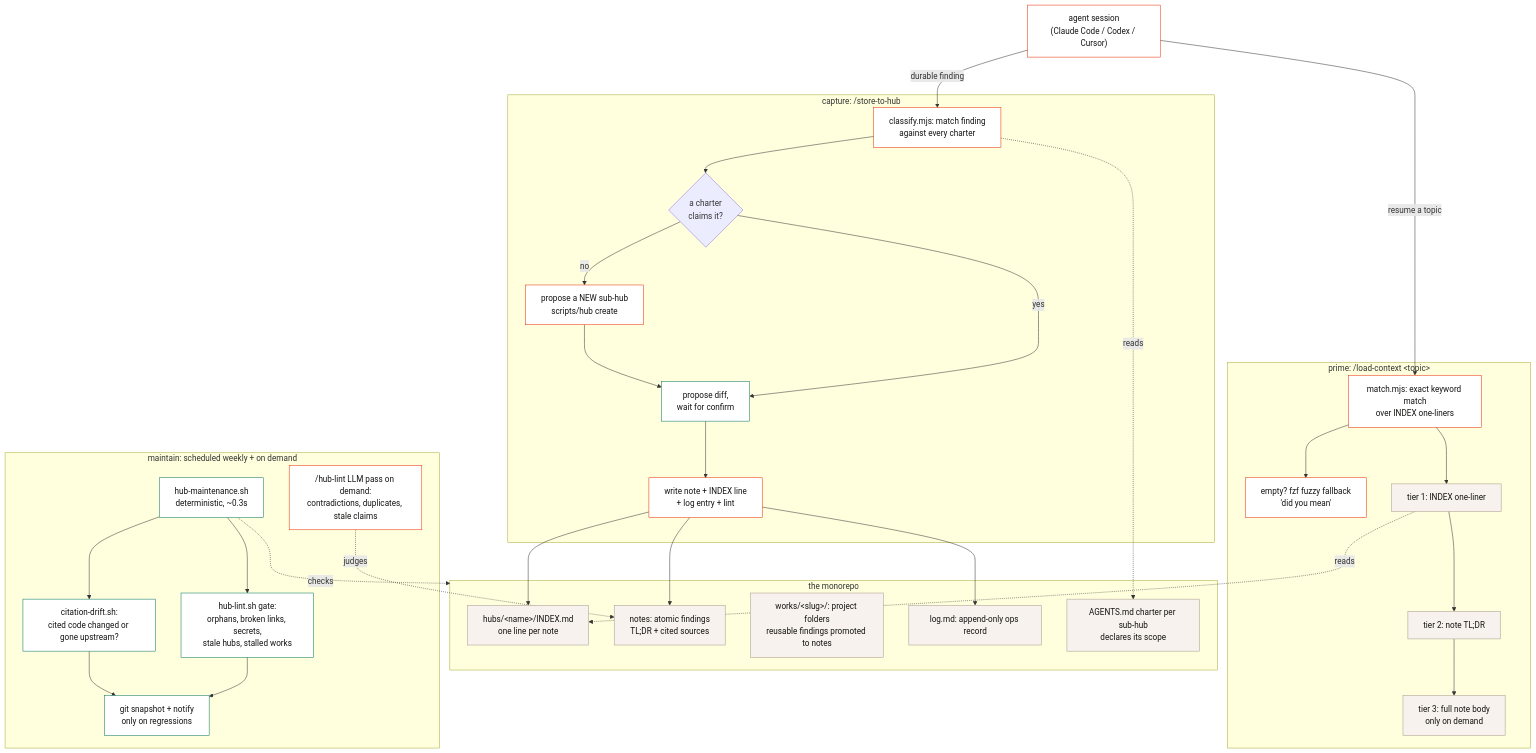
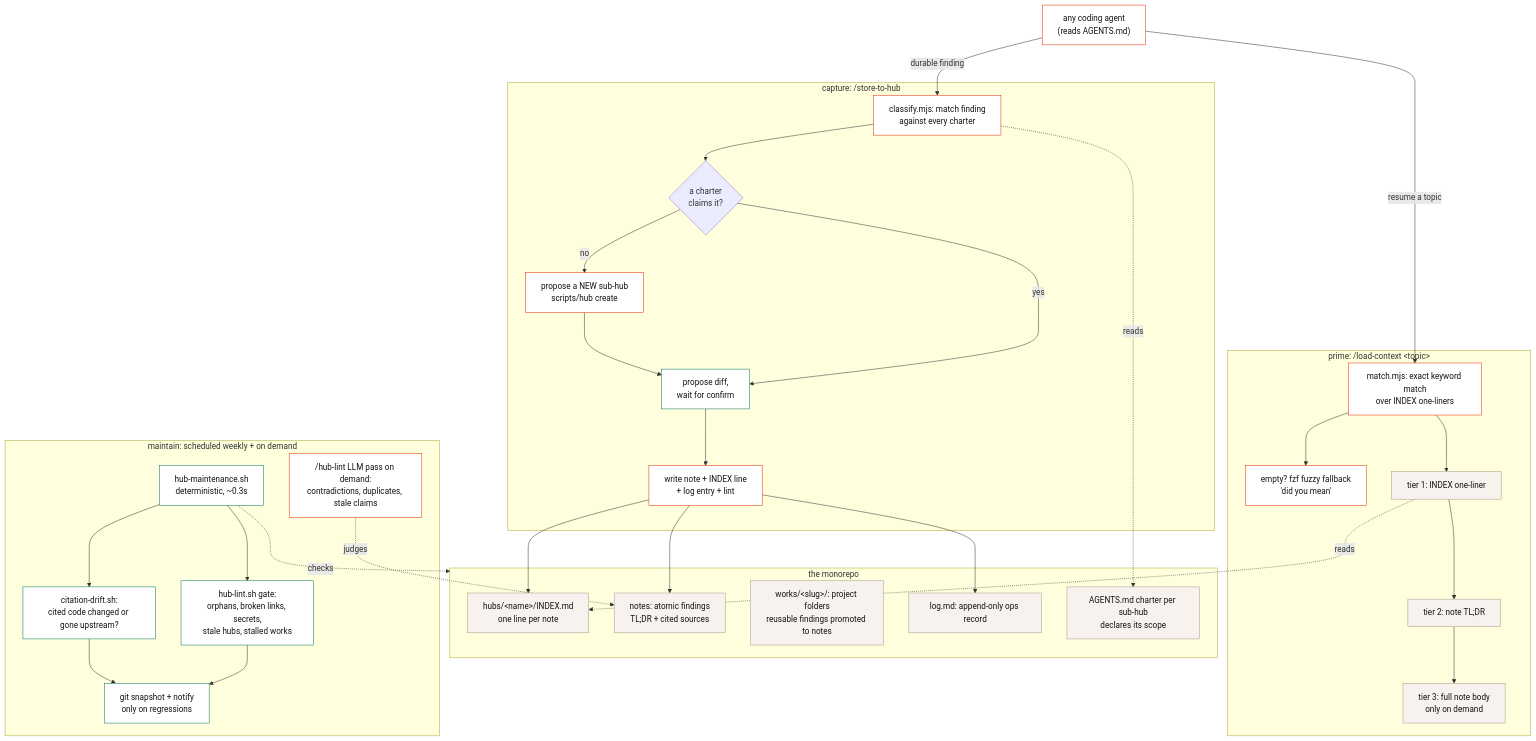
The second of 2 diagrams in README.md (feliixdiiaz/agent-knowledge-hub), drawn with Mermaid before and after one commit. The commit also changed other lines of this file and 2 other files, not shown here.

Commit message:
docs: agent-agnostic positioning (About, README, AGENTS.md, guide)

````diff
--- a/README.md
+++ b/README.md
@@ -31,57 +31,57 @@
 ```mermaid
 flowchart TB
     classDef store fill:#f7f2ed,stroke:#a7988a,color:#141312
     classDef act fill:#fff,stroke:#ea2c00,color:#141312
     classDef gate fill:#fff,stroke:#02745f,color:#141312
 
-    A["agent session<br/>(Claude Code / Codex / Cursor)"]:::act
+    A["any coding agent<br/>(reads AGENTS.md)"]:::act
 
     subgraph READ ["prime: /load-context &lt;topic&gt;"]
         M["match.mjs: exact keyword match<br/>over INDEX one-liners"]:::act
         FZ["empty? fzf fuzzy fallback<br/>'did you mean'"]:::act
         T1["tier 1: INDEX one-liner"]:::store
         T2["tier 2: note TL;DR"]:::store
         T3["tier 3: full note body<br/>only on demand"]:::store
         M --> FZ
         M --> T1 --> T2 --> T3
     end
 
     subgraph HUB ["the monorepo"]
         IDX["hubs/&lt;name&gt;/INDEX.md<br/>one line per note"]:::store
         N["notes: atomic findings<br/>TL;DR + cited sources"]:::store
         W["works/&lt;slug&gt;/: project folders<br/>reusable findings promoted to notes"]:::store
         LOG["log.md: append-only ops record"]:::store
         CH["AGENTS.md charter per sub-hub<br/>declares its scope"]:::store
     end
 
     subgraph WRITE ["capture: /store-to-hub"]
         C["classify.mjs: match finding<br/>against every charter"]:::act
         D{"a charter<br/>claims it?"}
         P["propose diff,<br/>wait for confirm"]:::gate
         NEW["propose a NEW sub-hub<br/>scripts/hub create"]:::act
         WR["write note + INDEX line<br/>+ log entry + lint"]:::act
         C --> D
         D -- yes --> P --> WR
         D -- no --> NEW --> P
     end
 
     subgraph MAINTAIN ["maintain: scheduled weekly + on demand"]
         SW["hub-maintenance.sh<br/>deterministic, ~0.3s"]:::gate
         G["hub-lint.sh gate:<br/>orphans, broken links, secrets,<br/>stale hubs, stalled works"]:::gate
         CD["citation-drift.sh:<br/>cited code changed or gone upstream?"]:::gate
         SNAP["git snapshot + notify<br/>only on regressions"]:::gate
         LLM["/hub-lint LLM pass on demand:<br/>contradictions, duplicates, stale claims"]:::act
         SW --> G --> SNAP
         SW --> CD --> SNAP
     end
 
     A -- "resume a topic" --> M
     T1 -.reads.-> IDX
     A -- "durable finding" --> C
     C -.reads.-> CH
     WR --> N
     WR --> IDX
     WR --> LOG
     SW -.checks.-> HUB
     LLM -.judges.-> N
 ```
````
